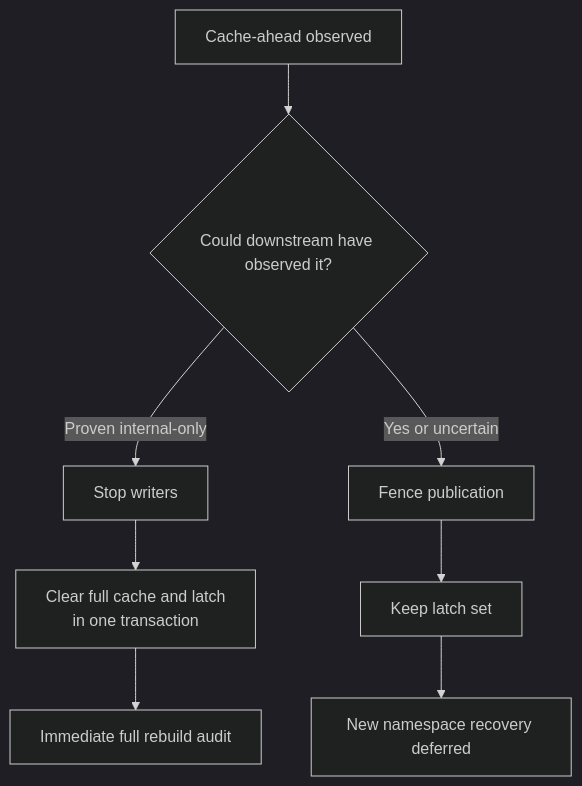
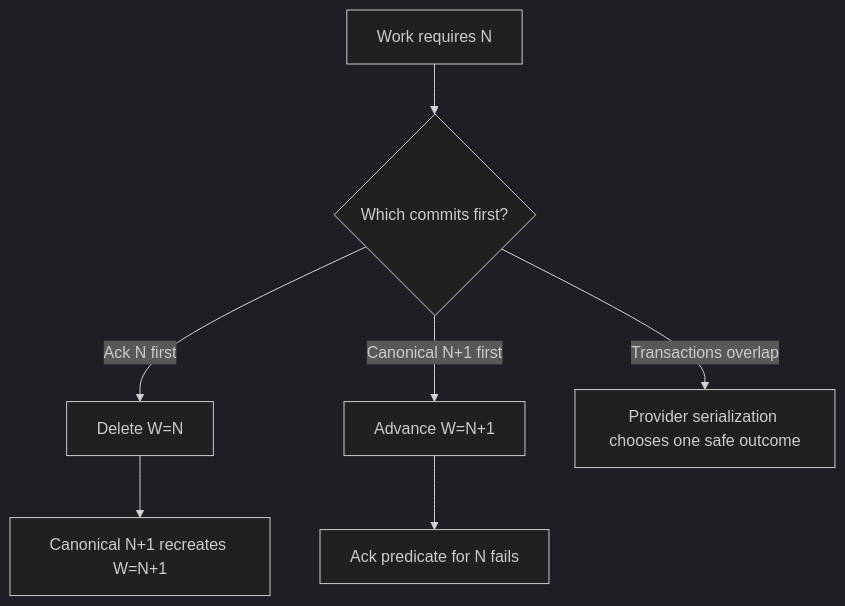
Before and after one commit to Ed-Fi-Alliance-OSS/Data-Management-Service: the third of 4 diagrams in PRESENTATION.md, drawn with Mermaid (dark theme). The commit also changed other lines of this file and 37 other files, not shown here.

````diff
--- a/PRESENTATION.md
+++ b/PRESENTATION.md
@@ -352,10 +186,9 @@
 ```mermaid
 flowchart TD
-    A[Cache-ahead observed] --> B{Could downstream have observed it?}
-    B -->|Proven internal-only| C[Stop writers]
-    C --> D[Clear full cache and latch<br/>in one transaction]
-    D --> E[Immediate full rebuild audit]
-    B -->|Yes or uncertain| F[Fence publication]
-    F --> G[Keep latch set]
-    G --> H[New namespace recovery deferred]
+    A[Work requires N] --> B{Which commits first?}
+    B -->|Ack N first| C[Delete W=N]
+    C --> D[Canonical N+1 recreates W=N+1]
+    B -->|Canonical N+1 first| E[Advance W=N+1]
+    E --> F[Ack predicate for N fails]
+    B -->|Transactions overlap| G[Provider serialization chooses one safe outcome]
 ```
````
